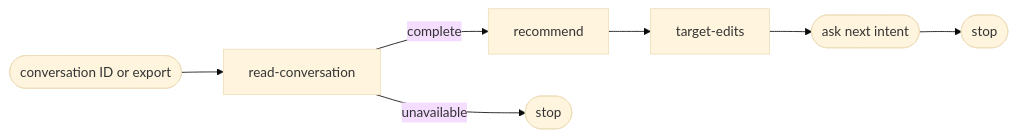
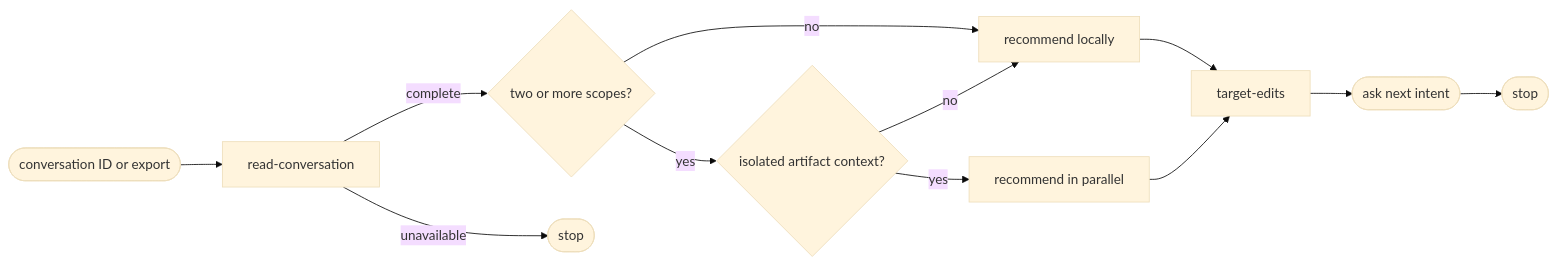
One commit to ai-driven-dev/framework changed the diagram in plugins/aidd-refine/skills/05-improve/SKILL.md. Above: the diagram before and after it, drawn with Mermaid (base theme). The commit also changed other lines of this file and 7 other files, not shown here.

````diff
--- a/plugins/aidd-refine/skills/05-improve/SKILL.md
+++ b/plugins/aidd-refine/skills/05-improve/SKILL.md
@@ -8,7 +8,11 @@
 ```mermaid
 flowchart LR
   start([conversation ID or export]) --> read-conversation
-  read-conversation -->|complete| recommend --> target-edits
+  read-conversation -->|complete| scopes{two or more scopes?}
   read-conversation -->|unavailable| unavailable([stop])
+  scopes -->|no| recommend-local[recommend locally] --> target-edits
+  scopes -->|yes| isolation{isolated artifact context?}
+  isolation -->|yes| recommend-parallel[recommend in parallel] --> target-edits
+  isolation -->|no| recommend-local
   target-edits --> question([ask next intent]) --> stop([stop])
 ```
````
